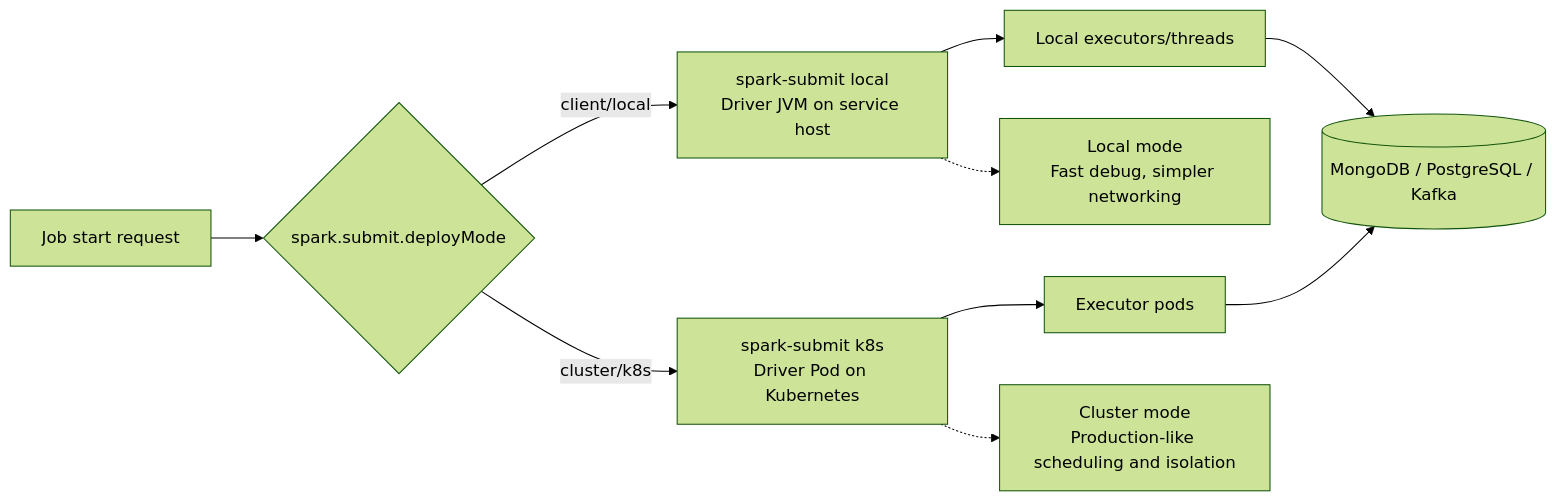
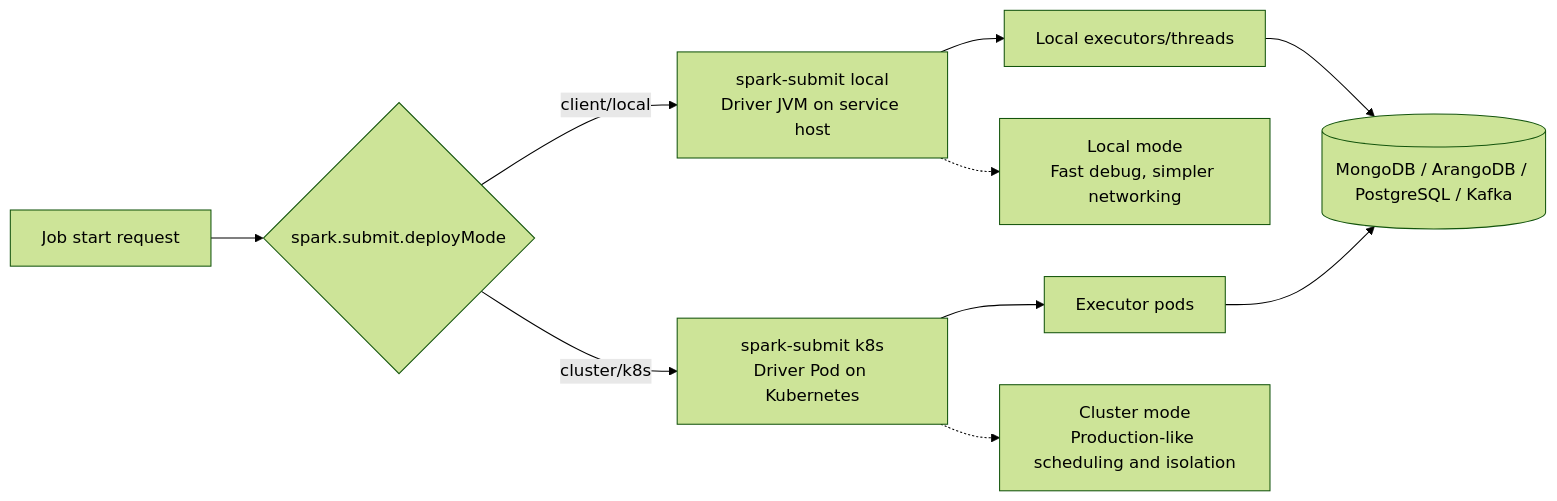
The sixth of 6 diagrams in docs/ARCHITECTURE.md (paulchen8206/Spark-Platform-on-Kubernetes-with-Spring-Boot), drawn with Mermaid (forest theme) before and after one commit. The commit also changed other lines of this file and 9 other files, not shown here.

````diff
--- a/docs/ARCHITECTURE.md
+++ b/docs/ARCHITECTURE.md
@@ -116,19 +118,19 @@
 ```mermaid
 flowchart LR
   Start[Job start request] --> Decide{spark.submit.deployMode}
 
   Decide -->|client/local| Local[spark-submit local\nDriver JVM on service host]
   Decide -->|cluster/k8s| Cluster[spark-submit k8s\nDriver Pod on Kubernetes]
 
   Local --> LocalExec[Local executors/threads]
   Cluster --> PodExec[Executor pods]
 
-  LocalExec --> Targets[(MongoDB / PostgreSQL / Kafka)]
+  LocalExec --> Targets[(MongoDB / ArangoDB / PostgreSQL / Kafka)]
   PodExec --> Targets
 
   note1[Local mode\nFast debug, simpler networking]
   note2[Cluster mode\nProduction-like scheduling and isolation]
 
   Local -.-> note1
   Cluster -.-> note2
 ```
````
